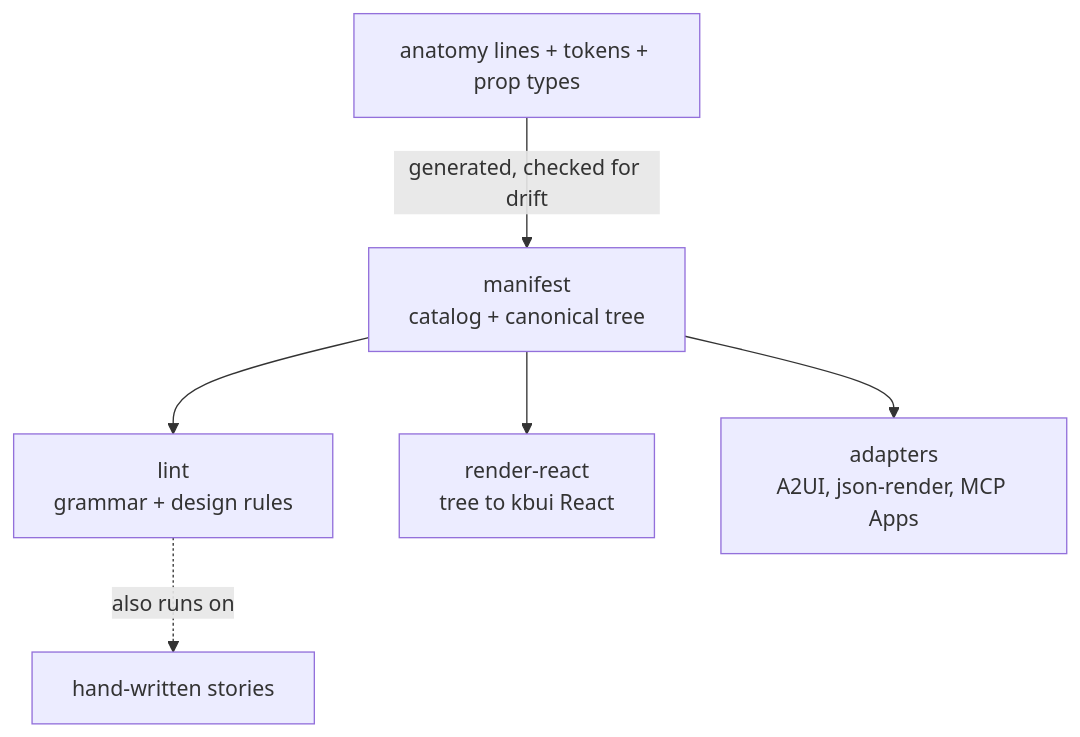
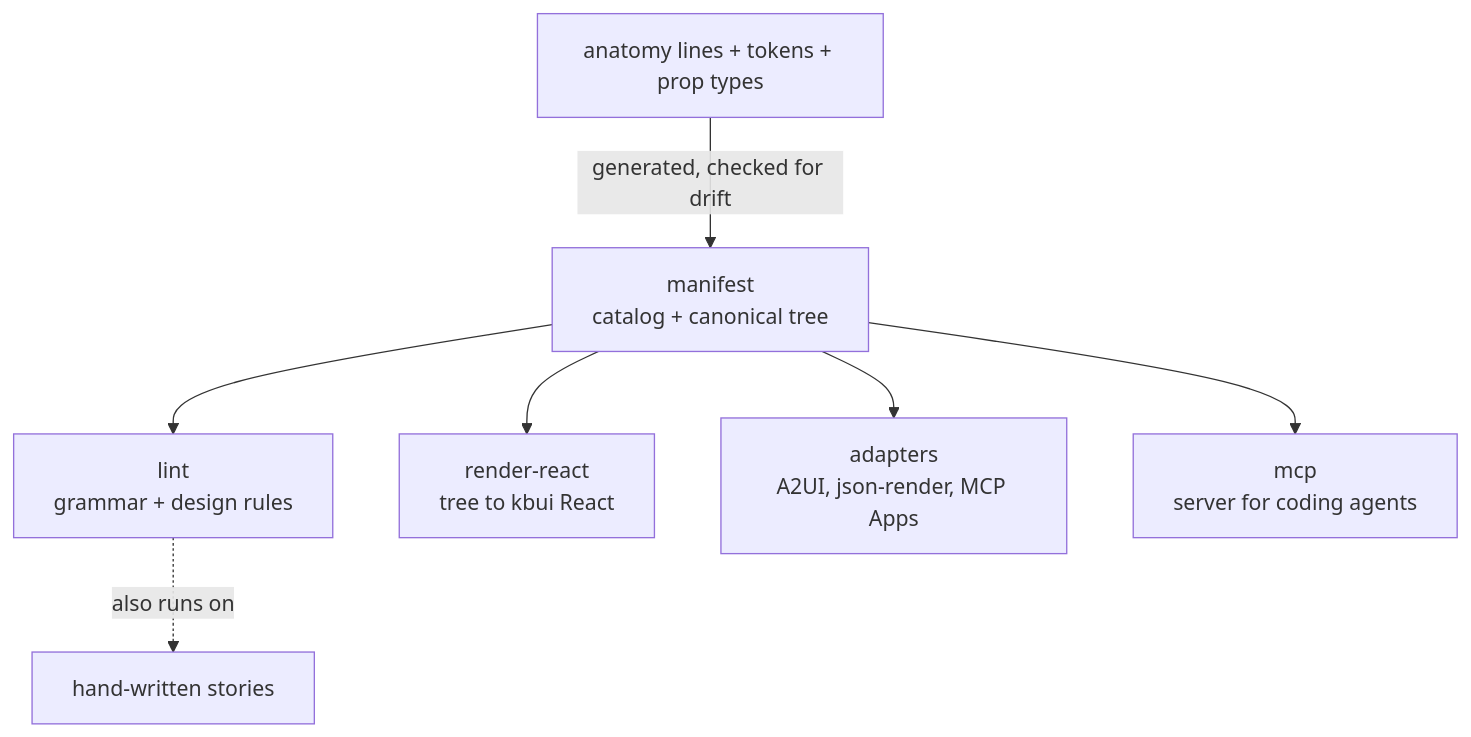
The second of 2 diagrams in docs/architecture.md (KhallilB/kbui), drawn with Mermaid before and after one commit. The commit also changed other lines of this file and 1 other file, not shown here.

````diff
--- a/docs/architecture.md
+++ b/docs/architecture.md
@@ -64,8 +69,9 @@
 ```mermaid
 flowchart TD
   contract["anatomy lines + tokens + prop types"] -->|generated, checked for drift| manifest["manifest<br/>catalog + canonical tree"]
   manifest --> lint["lint<br/>grammar + design rules"]
   manifest --> render["render-react<br/>tree to kbui React"]
   manifest --> adapters["adapters<br/>A2UI, json-render, MCP Apps"]
+  manifest --> mcp["mcp<br/>server for coding agents"]
   lint -.->|also runs on| stories["hand-written stories"]
 ```
````
